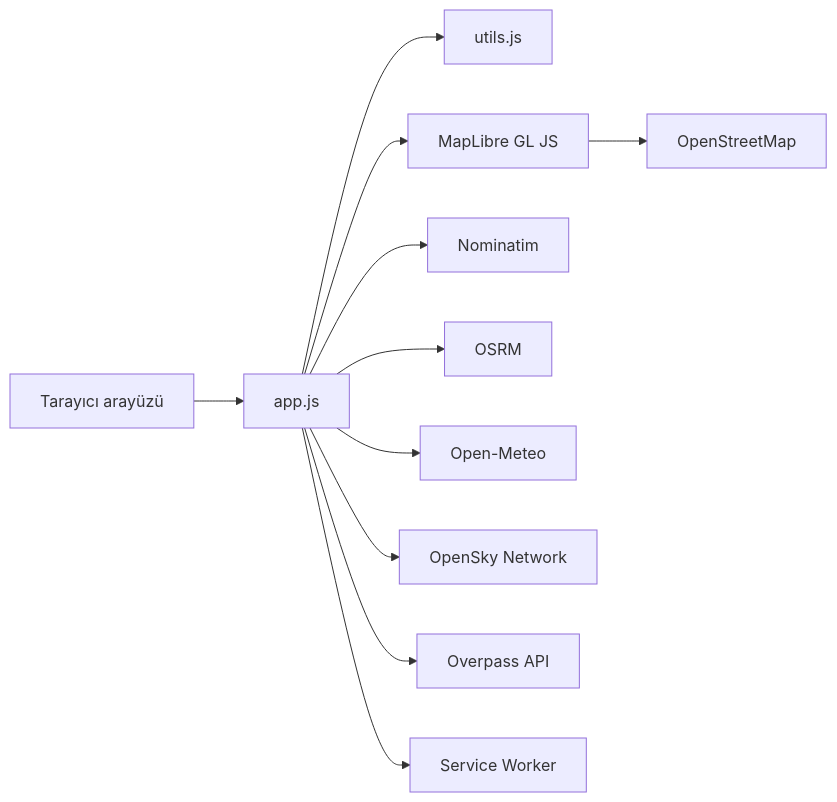
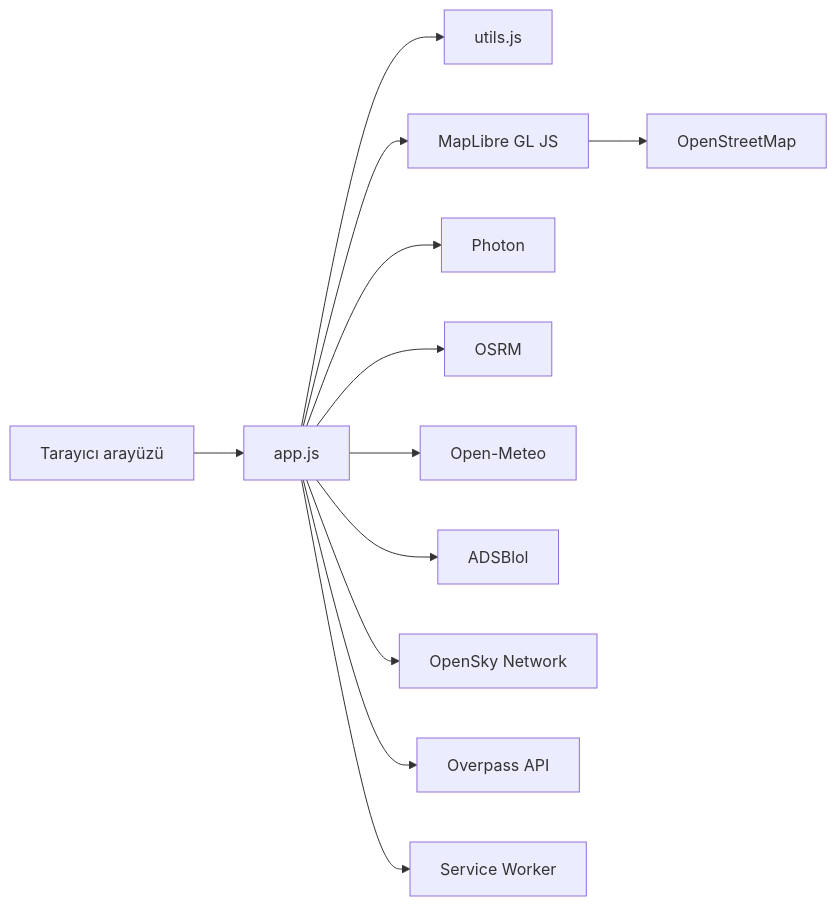
The diagram in README.md (eerrgin/istanbul-cockpit), drawn with Mermaid before and after one commit. The commit also changed other lines of this file, not shown here.

````diff
--- a/README.md
+++ b/README.md
@@ -38,13 +38,14 @@
 ```mermaid
 flowchart LR
   Tarayici[Tarayıcı arayüzü] --> App[app.js]
   App --> Utils[utils.js]
   App --> Harita[MapLibre GL JS]
   Harita --> OSM[OpenStreetMap]
-  App --> Nominatim
+  App --> Photon
   App --> OSRM
   App --> Meteo[Open-Meteo]
+  App --> ADSBlol
   App --> OpenSky[OpenSky Network]
   App --> Overpass[Overpass API]
   App --> PWA[Service Worker]
 ```
````
